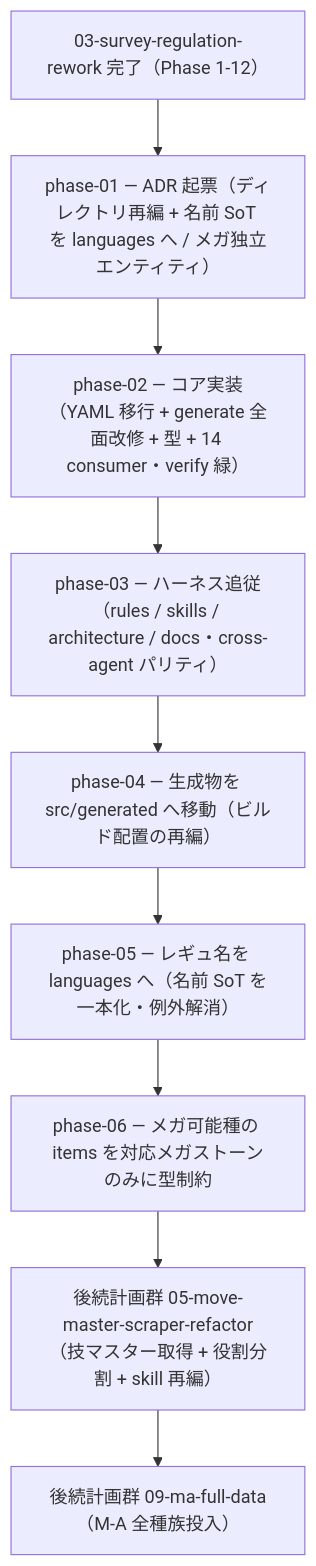
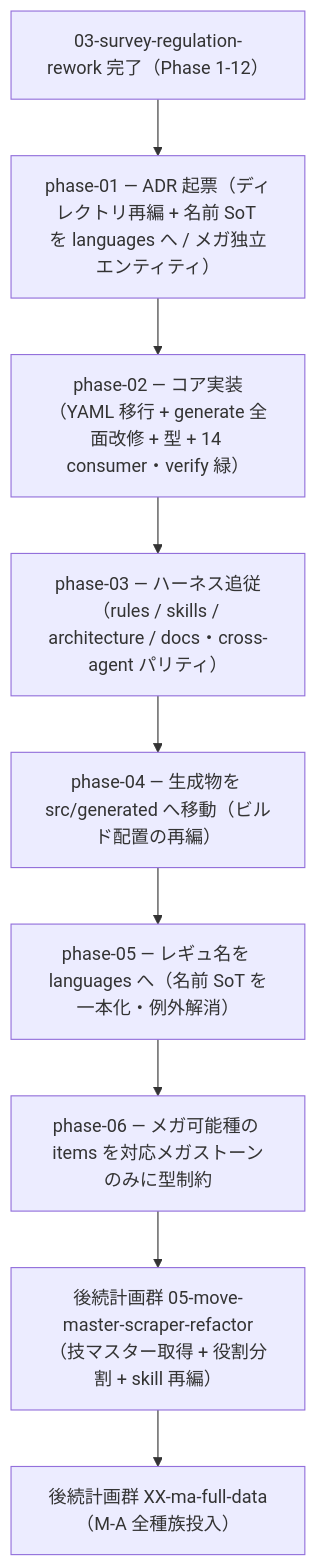
The diagram in docs/plan/04-generated-layout-redesign/README.md (subroh0508/pokeform), drawn with Mermaid before and after one commit. The commit also changed other lines of this file and 44 other files, not shown here.

````diff
--- a/docs/plan/04-generated-layout-redesign/README.md
+++ b/docs/plan/04-generated-layout-redesign/README.md
@@ -9,11 +9,11 @@
 ```mermaid
 flowchart TD
     P03[03-survey-regulation-rework 完了（Phase 1-12）] --> P1[phase-01 — ADR 起票（ディレクトリ再編 + 名前 SoT を languages へ / メガ独立エンティティ）]
     P1 --> P2[phase-02 — コア実装（YAML 移行 + generate 全面改修 + 型 + 14 consumer・verify 緑）]
     P2 --> P3[phase-03 — ハーネス追従（rules / skills / architecture / docs・cross-agent パリティ）]
     P3 --> P4[phase-04 — 生成物を src/generated へ移動（ビルド配置の再編）]
     P4 --> P5[phase-05 — レギュ名を languages へ（名前 SoT を一本化・例外解消）]
     P5 --> P6[phase-06 — メガ可能種の items を対応メガストーンのみに型制約]
     P6 --> P05[後続計画群 05-move-master-scraper-refactor（技マスター取得 + 役割分割 + skill 再編）]
-    P05 --> P06[後続計画群 09-ma-full-data（M-A 全種族投入）]
+    P05 --> P06[後続計画群 XX-ma-full-data（M-A 全種族投入）]
 ```
````
